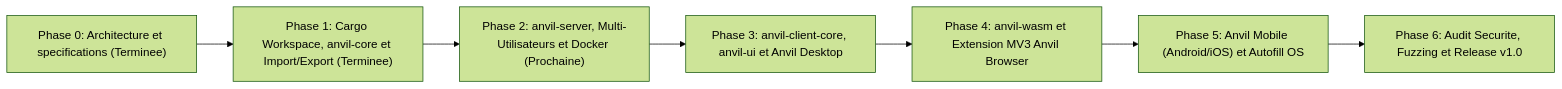
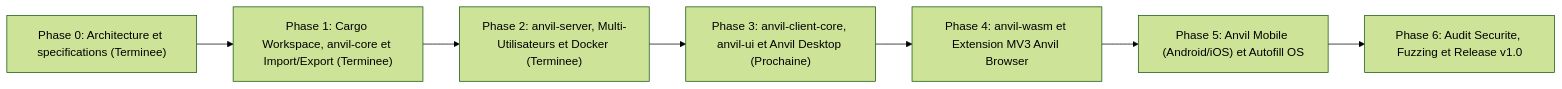
The diagram in docs/ROADMAP.md (Viectra/anvil), drawn with Mermaid (forest theme) before and after one commit. The commit also changed other lines of this file and 7 other files, not shown here.

````diff
--- a/docs/ROADMAP.md
+++ b/docs/ROADMAP.md
@@ -31,12 +31,12 @@
 ```mermaid
 flowchart LR
     P0["Phase 0: Architecture et specifications (Terminee)"]
     P1["Phase 1: Cargo Workspace, anvil-core et Import/Export (Terminee)"]
-    P2["Phase 2: anvil-server, Multi-Utilisateurs et Docker (Prochaine)"]
-    P3["Phase 3: anvil-client-core, anvil-ui et Anvil Desktop"]
+    P2["Phase 2: anvil-server, Multi-Utilisateurs et Docker (Terminee)"]
+    P3["Phase 3: anvil-client-core, anvil-ui et Anvil Desktop (Prochaine)"]
     P4["Phase 4: anvil-wasm et Extension MV3 Anvil Browser"]
     P5["Phase 5: Anvil Mobile (Android/iOS) et Autofill OS"]
     P6["Phase 6: Audit Securite, Fuzzing et Release v1.0"]
 
     P0 --> P1 --> P2 --> P3 --> P4 --> P5 --> P6
 ```
````
